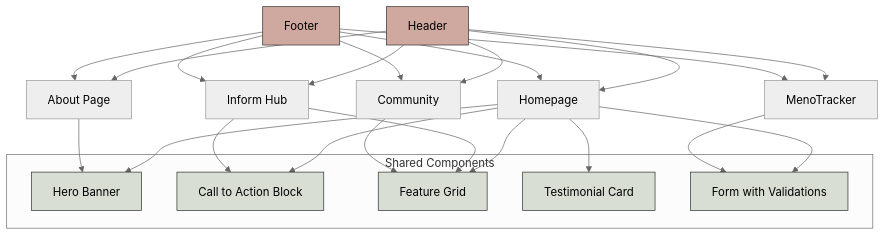
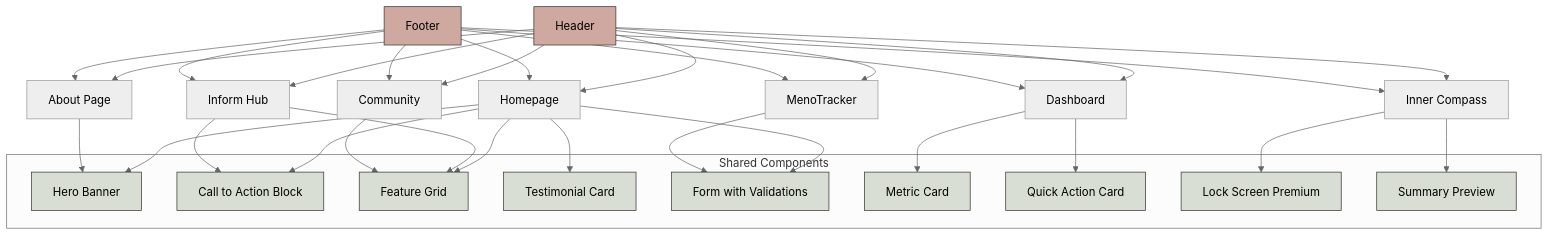
One commit to embracechange28-hub/IEmbraceChange changed the fifth of 8 diagrams in api/docs/architecture.md. Above: the diagram before and after it, drawn with Mermaid (neutral theme). The commit also changed other lines of this file, not shown here.

````diff
--- a/api/docs/architecture.md
+++ b/api/docs/architecture.md
@@ -129,40 +157,57 @@
 ```mermaid
 graph TD
   classDef global fill:#CFA9A0,stroke:#333,color:#000
   classDef content fill:#D8DED3,stroke:#333,color:#000
 
+  %% Pages
   H[Header] --> Home[Homepage]
   H --> About[About Page]
   H --> Inform[Inform Hub]
   H --> Community[Community]
   H --> Tracker[MenoTracker]
+  H --> Dashboard[Dashboard]
+  H --> IC[Inner Compass]
 
   F[Footer] --> Home
   F --> About
   F --> Inform
   F --> Community
   F --> Tracker
+  F --> Dashboard
+  F --> IC
 
+  %% Shared components
   subgraph Shared ["Shared Components"]
     HB[Hero Banner]
     CTA[Call to Action Block]
     FG[Feature Grid]
     TC[Testimonial Card]
     Form[Form with Validations]
+    MC[Metric Card]
+    QA[Quick Action Card]
+    LS[Lock Screen Premium]
+    SP[Summary Preview]
   end
 
+  %% Usage
   Home --> HB
   Home --> CTA
   Home --> FG
   Home --> TC
   Home --> Form
 
   About --> HB
   Inform --> FG
   Inform --> CTA
   Community --> FG
   Tracker --> Form
 
+  %% New: Dashboard + Inner Compass mappings
+  Dashboard --> MC
+  Dashboard --> QA
+  IC --> LS
+  IC --> SP
+
   class H,F global
-  class HB,CTA,FG,TC,Form content
+  class HB,CTA,FG,TC,Form,MC,QA,LS,SP content
 ```
````
